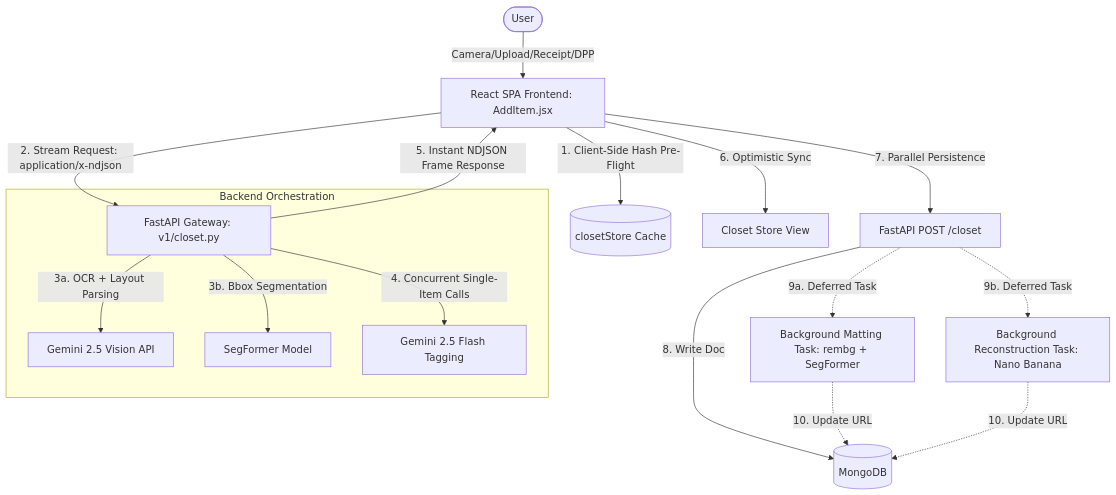
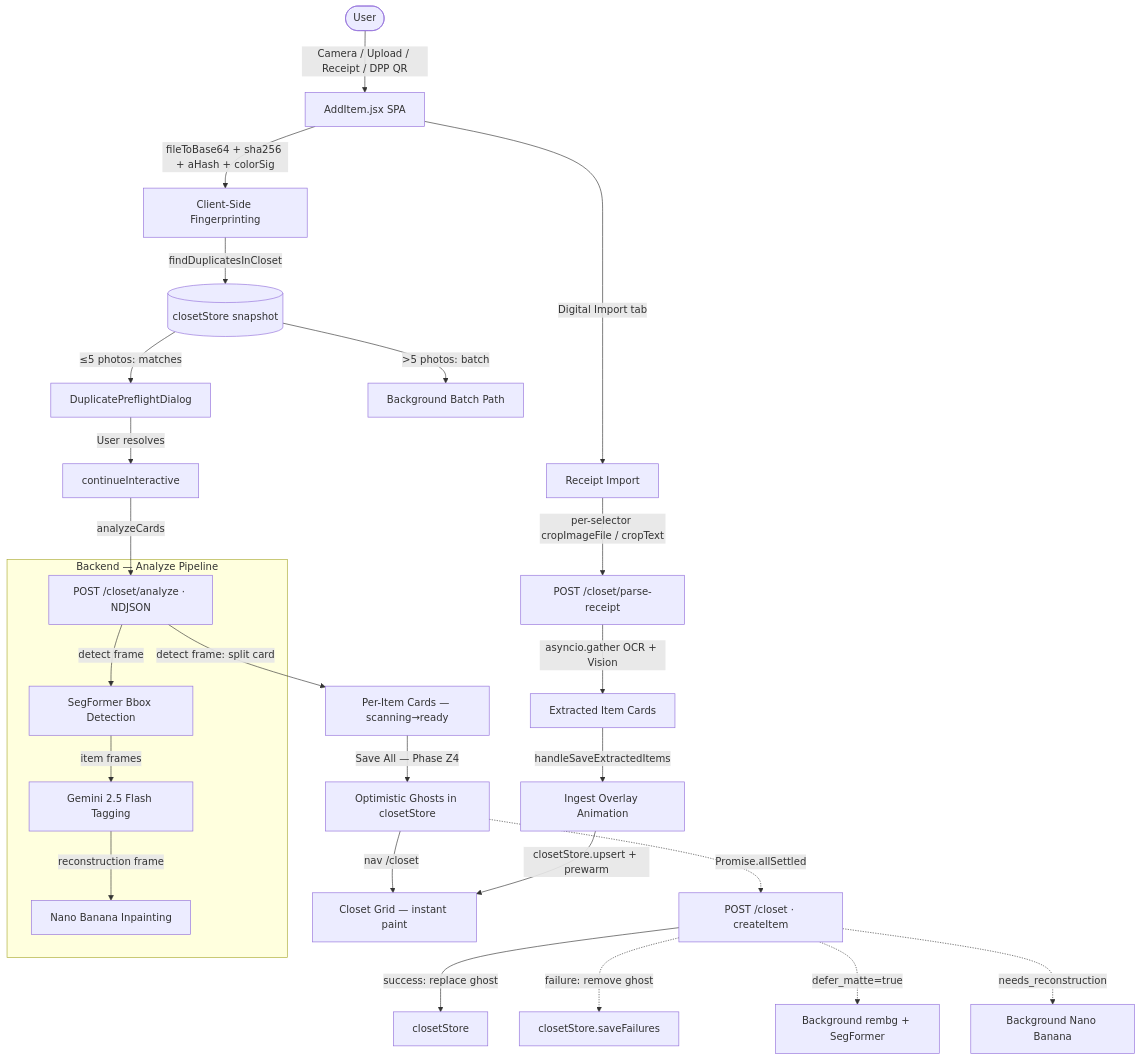
The diagram in docs/Add-Item.md (Yoram-Jacobs/DressAppV1), drawn with Mermaid before and after one commit. The commit also changed other lines of this file and 27 other files, not shown here.

````diff
--- a/docs/Add-Item.md
+++ b/docs/Add-Item.md
@@ -12,22 +19,32 @@
 ```mermaid
 graph TD
-    User([User]) -->|Camera/Upload/Receipt/DPP| UI[React SPA Frontend: AddItem.jsx]
-    UI -->|1. Client-Side Hash Pre-Flight| LocalCache[(closetStore Cache)]
-    UI -->|2. Stream Request: application/x-ndjson| Backend[FastAPI Gateway: v1/closet.py]
-    
-    subgraph Backend Orchestration
-        Backend -->|3a. OCR + Layout Parsing| GeminiVision[Gemini 2.5 Vision API]
-        Backend -->|3b. Bbox Segmentation| SegFormer[SegFormer Model]
-        Backend -->|4. Concurrent Single-Item Calls| GeminiTagging[Gemini 2.5 Flash Tagging]
+    User([User]) -->|Camera / Upload / Receipt / DPP QR| UI[AddItem.jsx SPA]
+
+    UI -->|fileToBase64 + sha256 + aHash + colorSig| FP[Client-Side Fingerprinting]
+    FP -->|findDuplicatesInCloset| Cache[(closetStore snapshot)]
+    Cache -->|"≤5 photos: matches"| Dialog[DuplicatePreflightDialog]
+    Cache -->|">5 photos: batch"| BG[Background Batch Path]
+    Dialog -->|User resolves| Continue[continueInteractive]
+    Continue -->|analyzeCards| Stream["POST /closet/analyze · NDJSON"]
+
+    subgraph Backend_Analyze_Pipeline ["Backend — Analyze Pipeline"]
+        Stream -->|detect frame| Detect[SegFormer Bbox Detection]
+        Detect -->|item frames| Gemini[Gemini 2.5 Flash Tagging]
+        Gemini -->|reconstruction frame| NanoBanana[Nano Banana Inpainting]
     end
 
-    Backend -->|5. Instant NDJSON Frame Response| UI
-    UI -->|6. Optimistic Sync| UICloset[Closet Store View]
-    UI -->|7. Parallel Persistence| BackendPost[FastAPI POST /closet]
-    BackendPost -->|8. Write Doc| DB[(MongoDB)]
-    
-    BackendPost -.->|9a. Deferred Task| MatteTask[Background Matting Task: rembg + SegFormer]
-    BackendPost -.->|9b. Deferred Task| ReconstructTask[Background Reconstruction Task: Nano Banana]
-    MatteTask -.->|10. Update URL| DB
-    ReconstructTask -.->|10. Update URL| DB
+    Stream -->|detect frame: split card| Cards["Per-Item Cards — scanning→ready"]
+    Cards -->|Save All — Phase Z4| Optimistic[Optimistic Ghosts in closetStore]
+    Optimistic -->|nav /closet| ClosetGrid[Closet Grid — instant paint]
+    Optimistic -.->|Promise.allSettled| API["POST /closet · createItem"]
+    API -->|success: replace ghost| closetStore
+    API -.->|failure: remove ghost| FailureLog[closetStore.saveFailures]
+    API -.->|defer_matte=true| MatteTask[Background rembg + SegFormer]
+    API -.->|needs_reconstruction| RecTask[Background Nano Banana]
+
+    UI -->|Digital Import tab| Receipt[Receipt Import]
+    Receipt -->|"per-selector cropImageFile / cropText"| ParseAPI["POST /closet/parse-receipt"]
+    ParseAPI -->|asyncio.gather OCR + Vision| ExtractedCards[Extracted Item Cards]
+    ExtractedCards -->|handleSaveExtractedItems| IngestOverlay[Ingest Overlay Animation]
+    IngestOverlay -->|closetStore.upsert + prewarm| ClosetGrid
 ```
````
